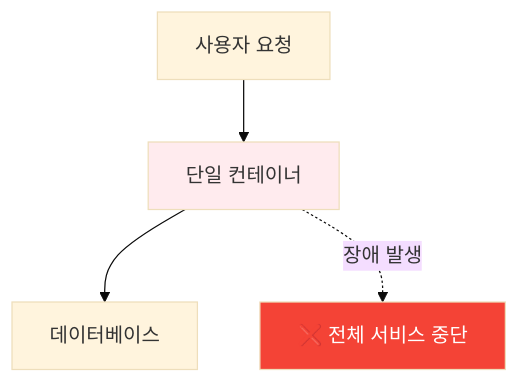
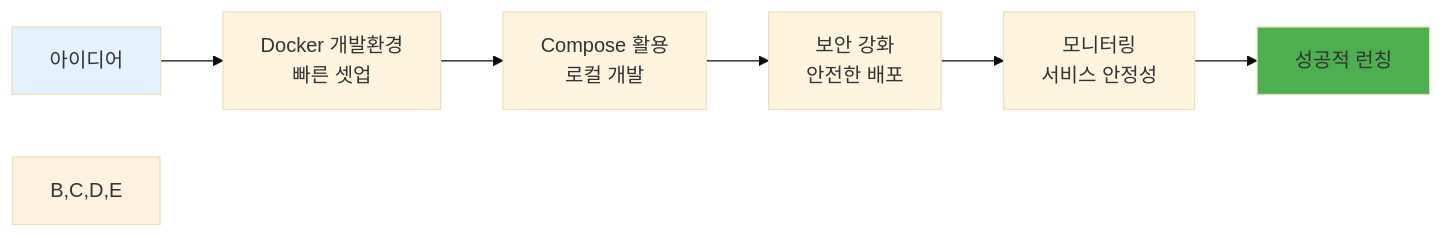
One commit to niceguy61/kdt_devops_lecture_2025 changed the third of 5 diagrams in theory/week_02/day4/session_1.md. Above: the diagram before and after it, drawn with Mermaid (base theme). The commit also changed other lines of this file and 27 other files, not shown here.

````diff
--- a/theory/week_02/day4/session_1.md
+++ b/theory/week_02/day4/session_1.md
@@ -41,10 +116,12 @@
 ```mermaid
-graph TB
-    A[사용자 요청] --> B[단일 컨테이너]
-    B --> C[데이터베이스]
+graph LR
+    A[아이디어] --> B[Docker 개발환경<br/>빠른 셋업]
+    B --> C[Compose 활용<br/>로컬 개발]
+    C --> D[보안 강화<br/>안전한 배포]
+    D --> E[모니터링<br/>서비스 안정성]
+    E --> F[성공적 런칭]
     
-    B -.->|장애 발생| D[❌ 전체 서비스 중단]
-    
-    style B fill:#ffebee
-    style D fill:#f44336,color:#fff
+    style A fill:#e3f2fd
+    style B,C,D,E fill:#fff3e0
+    style F fill:#4caf50
 ```
````
